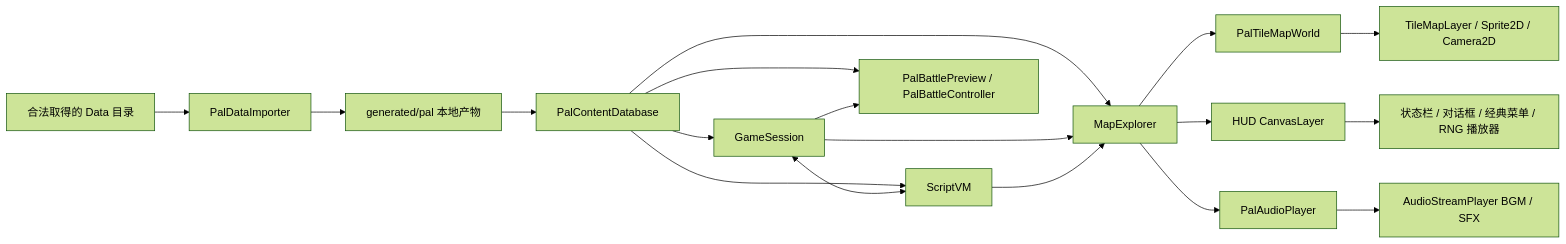
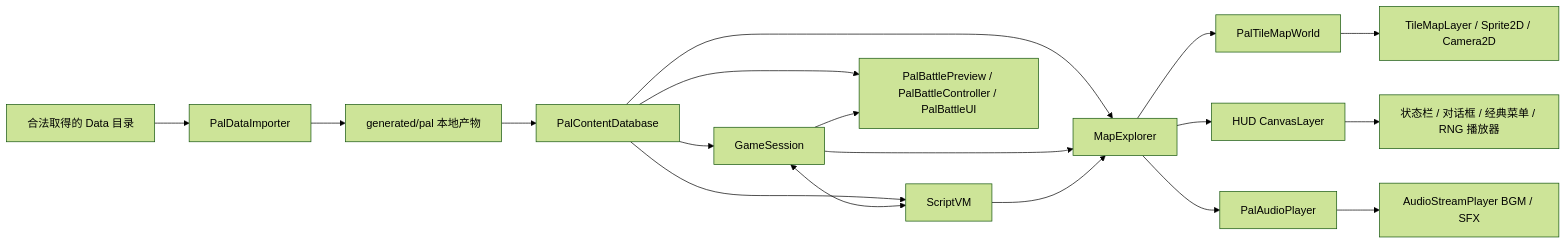
One commit to 1xuanyuan1/sword-godot changed the first of 2 diagrams in docs/ARCHITECTURE.md. Above: the diagram before and after it, drawn with Mermaid (forest theme). The commit also changed other lines of this file and 15 other files, not shown here.

````diff
--- a/docs/ARCHITECTURE.md
+++ b/docs/ARCHITECTURE.md
@@ -5,20 +5,20 @@
 ```mermaid
 flowchart LR
     A[合法取得的 Data 目录] --> B[PalDataImporter]
     B --> C[generated/pal 本地产物]
     C --> D[PalContentDatabase]
     D --> E[GameSession]
     D --> F[ScriptVM]
     E <--> F
     D --> G[MapExplorer]
-    D --> O[PalBattlePreview / PalBattleController]
+    D --> O[PalBattlePreview / PalBattleController / PalBattleUI]
     E --> O
     E --> G
     F --> G
     G --> H[PalTileMapWorld]
     G --> I[HUD CanvasLayer]
     I --> K[状态栏 / 对话框 / 经典菜单 / RNG 播放器]
     H --> J[TileMapLayer / Sprite2D / Camera2D]
     G --> L[PalAudioPlayer]
     L --> N[AudioStreamPlayer BGM / SFX]
 ```
````
